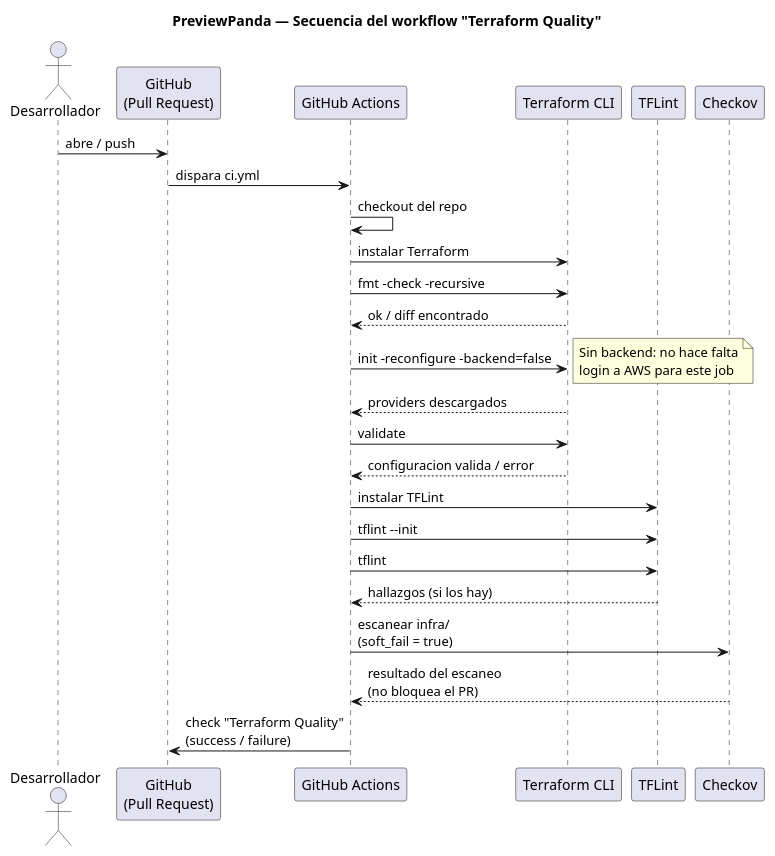
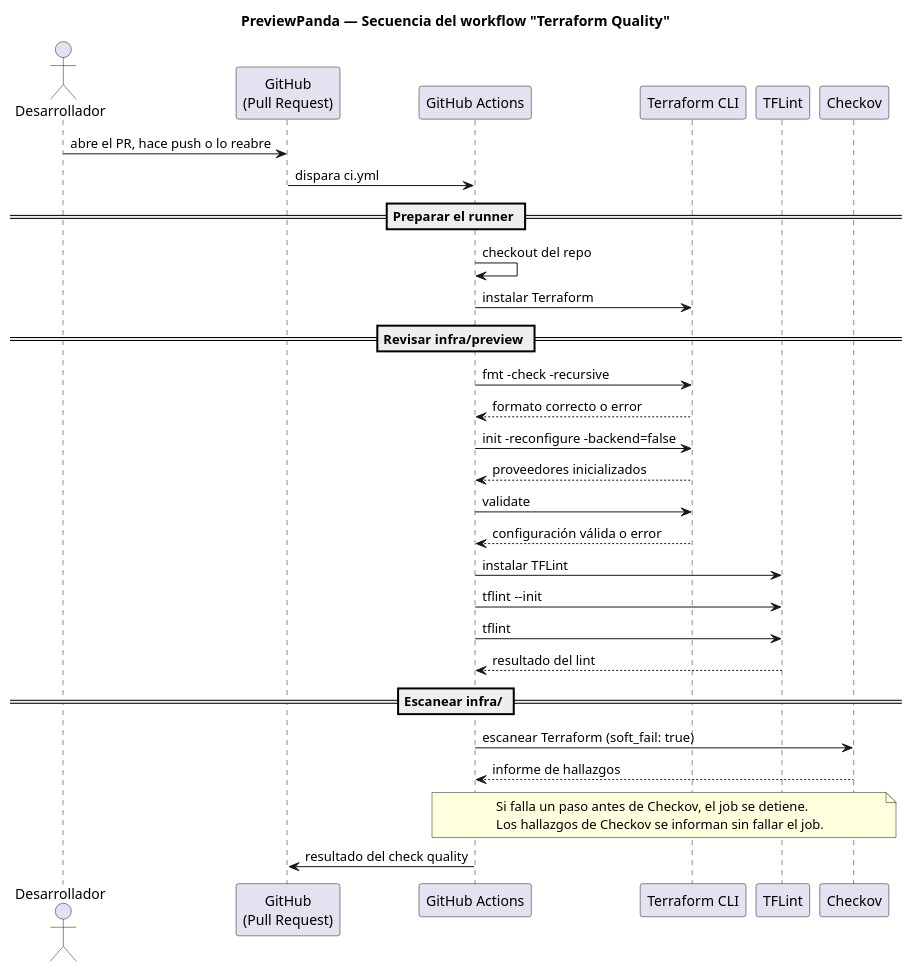
One commit to NicooGon/previewpanda changed the diagram in docs/diagrams/diagrama-secuencia-quality.puml. Above: the diagram before and after it, drawn with PlantUML. The commit also changed 10 other files, not shown here.

```diff
--- a/docs/diagrams/diagrama-secuencia-quality.puml
+++ b/docs/diagrams/diagrama-secuencia-quality.puml
@@ -1,40 +1,48 @@
-@startuml PreviewPanda - Diagrama de secuencia (Quality)
+@startuml diagrama4
 
 title PreviewPanda — Secuencia del workflow "Terraform Quality"
 
 actor Desarrollador as Dev
 participant "GitHub\n(Pull Request)" as PR
 participant "GitHub Actions" as GA
 participant "Terraform CLI" as TF
 participant "TFLint" as Lint
 participant "Checkov" as Checkov
 
-Dev -> PR : abre / push
+Dev -> PR : abre el PR, hace push o lo reabre
 PR -> GA : dispara ci.yml
+
+== Preparar el runner ==
 
 GA -> GA : checkout del repo
 GA -> TF : instalar Terraform
+
+== Revisar infra/preview ==
+
 GA -> TF : fmt -check -recursive
-TF --> GA : ok / diff encontrado
+TF --> GA : formato correcto o error
 
 GA -> TF : init -reconfigure -backend=false
-note right
-  Sin backend: no hace falta
-  login a AWS para este job
-end note
-TF --> GA : providers descargados
+TF --> GA : proveedores inicializados
 
 GA -> TF : validate
-TF --> GA : configuracion valida / error
+TF --> GA : configuración válida o error
 
 GA -> Lint : instalar TFLint
 GA -> Lint : tflint --init
 GA -> Lint : tflint
-Lint --> GA : hallazgos (si los hay)
+Lint --> GA : resultado del lint
 
-GA -> Checkov : escanear infra/\n(soft_fail = true)
-Checkov --> GA : resultado del escaneo\n(no bloquea el PR)
+== Escanear infra/ ==
 
-GA -> PR : check "Terraform Quality"\n(success / failure)
+GA -> Checkov : escanear Terraform (soft_fail: true)
+Checkov --> GA : informe de hallazgos
+
+note over GA, Checkov
+  Si falla un paso antes de Checkov, el job se detiene.
+  Los hallazgos de Checkov se informan sin fallar el job.
+end note
+
+GA -> PR : resultado del check quality
 
 @enduml
```
